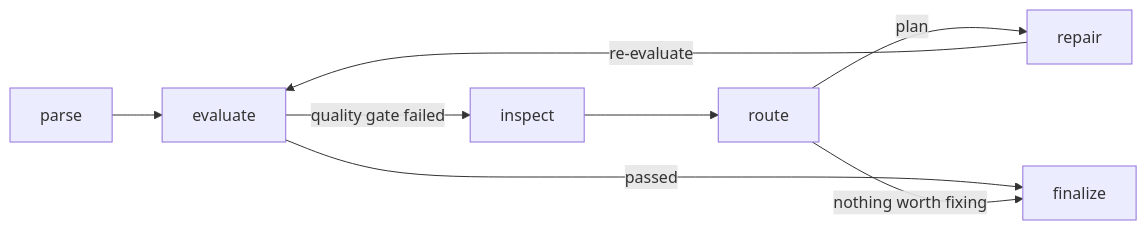
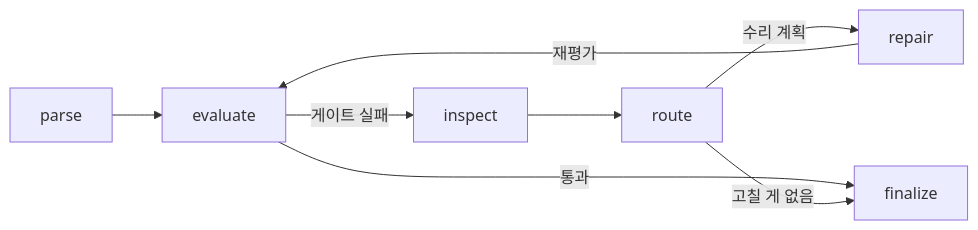
The diagram in README.md (chaeminyoon/Parse-Everything), drawn with Mermaid before and after one commit. The commit also changed other lines of this file, not shown here.

````diff
--- a/README.md
+++ b/README.md
@@ -7,10 +9,10 @@
 ```mermaid
 graph LR
     A[parse] --> B[evaluate]
-    B -->|quality gate failed| C[inspect]
-    B -->|passed| F[finalize]
+    B -->|게이트 실패| C[inspect]
+    B -->|통과| F[finalize]
     C --> D[route]
-    D -->|plan| E[repair]
-    D -->|nothing worth fixing| F
-    E -->|re-evaluate| B
+    D -->|수리 계획| E[repair]
+    D -->|고칠 게 없음| F
+    E -->|재평가| B
 ```
````
